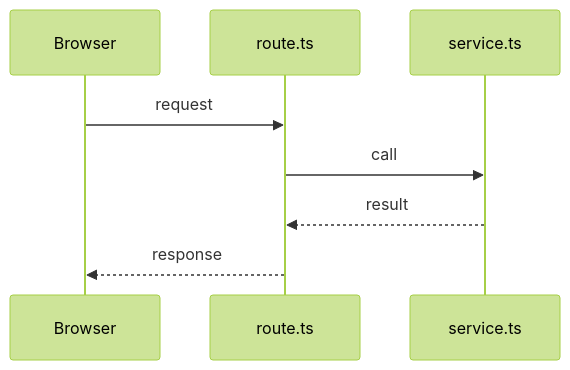
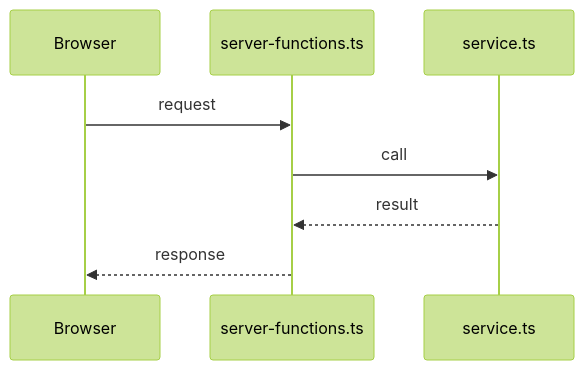
Before and after one commit to AhmedElnagarUU/Demmoss: the second of 2 diagrams in docs/features/_template.md, drawn with Mermaid (forest theme). The commit also changed 20 other files, not shown here.

````diff
--- a/docs/features/_template.md
+++ b/docs/features/_template.md
@@ -29,10 +29,10 @@
 ```mermaid
 sequenceDiagram
   participant B as Browser
-  participant R as route.ts
+  participant R as server-functions.ts
   participant S as service.ts
   B->>R: request
   R->>S: call
   S-->>R: result
   R-->>B: response
 ```
````
